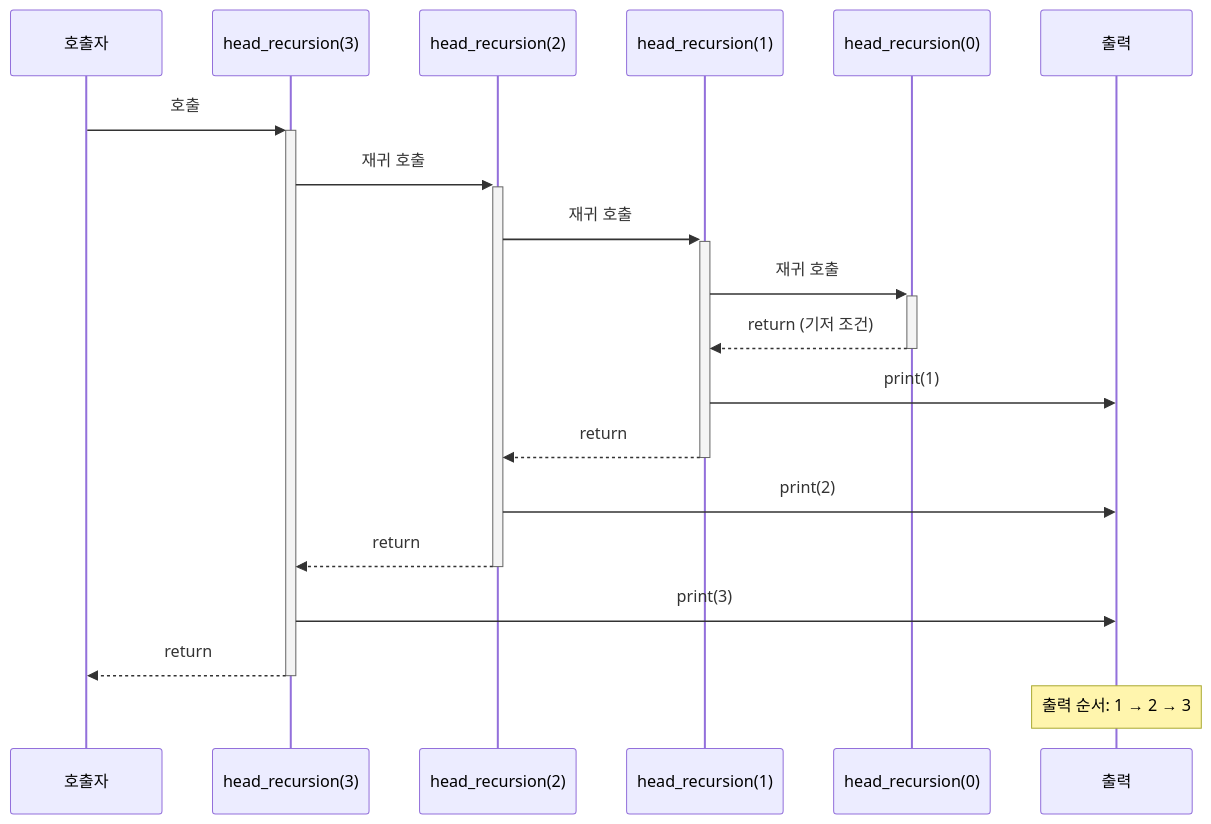
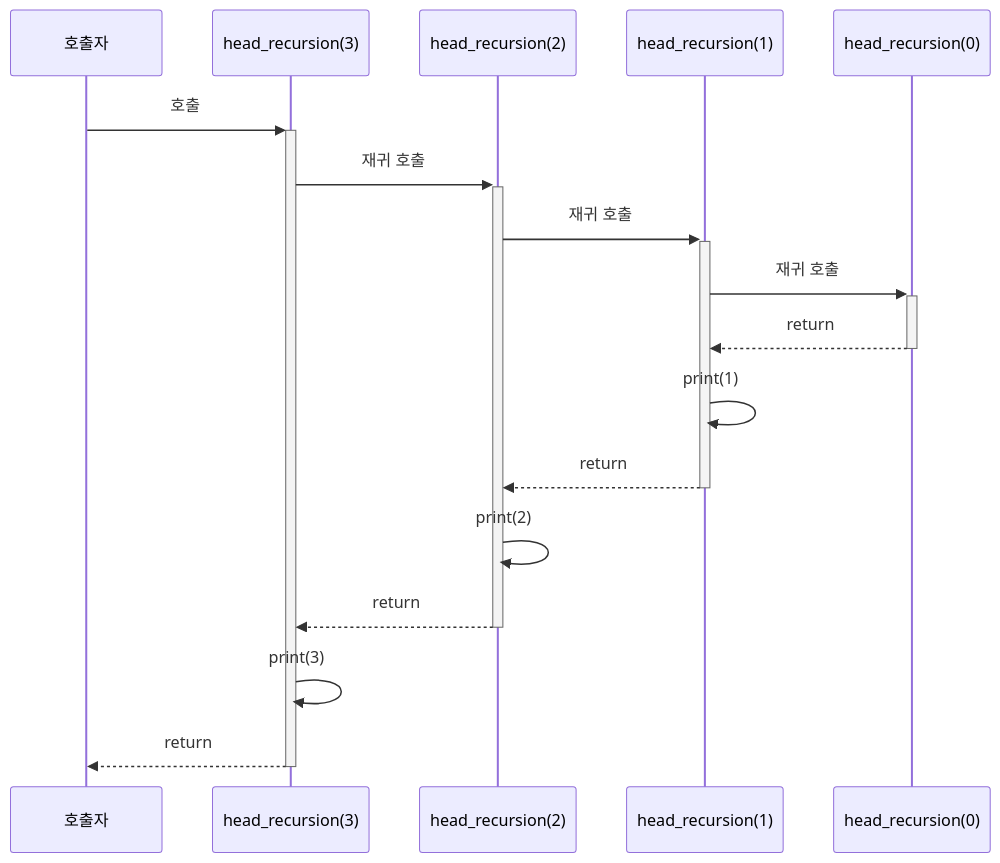
The first of 2 diagrams in auxiliaries/재귀함수 실행순서 가이드.md (gatesplan/python-lecture), drawn with Mermaid before and after one commit. The commit also changed other lines of this file, not shown here.

````diff
--- a/auxiliaries/재귀함수 실행순서 가이드.md
+++ b/auxiliaries/재귀함수 실행순서 가이드.md
@@ -45,23 +45,20 @@
 ```mermaid
 sequenceDiagram
     participant Main as 호출자
     participant H3 as head_recursion(3)
     participant H2 as head_recursion(2)
     participant H1 as head_recursion(1)
     participant H0 as head_recursion(0)
-    participant Output as 출력
     
     Main->>+H3: 호출
     H3->>+H2: 재귀 호출
     H2->>+H1: 재귀 호출
     H1->>+H0: 재귀 호출
-    H0-->>-H1: return (기저 조건)
-    H1->>Output: print(1)
+    H0-->>-H1: return
+    H1->>H1: print(1)
     H1-->>-H2: return
-    H2->>Output: print(2)
+    H2->>H2: print(2)
     H2-->>-H3: return
-    H3->>Output: print(3)
+    H3->>H3: print(3)
     H3-->>-Main: return
-    
-    Note over Output: 출력 순서: 1 → 2 → 3
 ```
````
